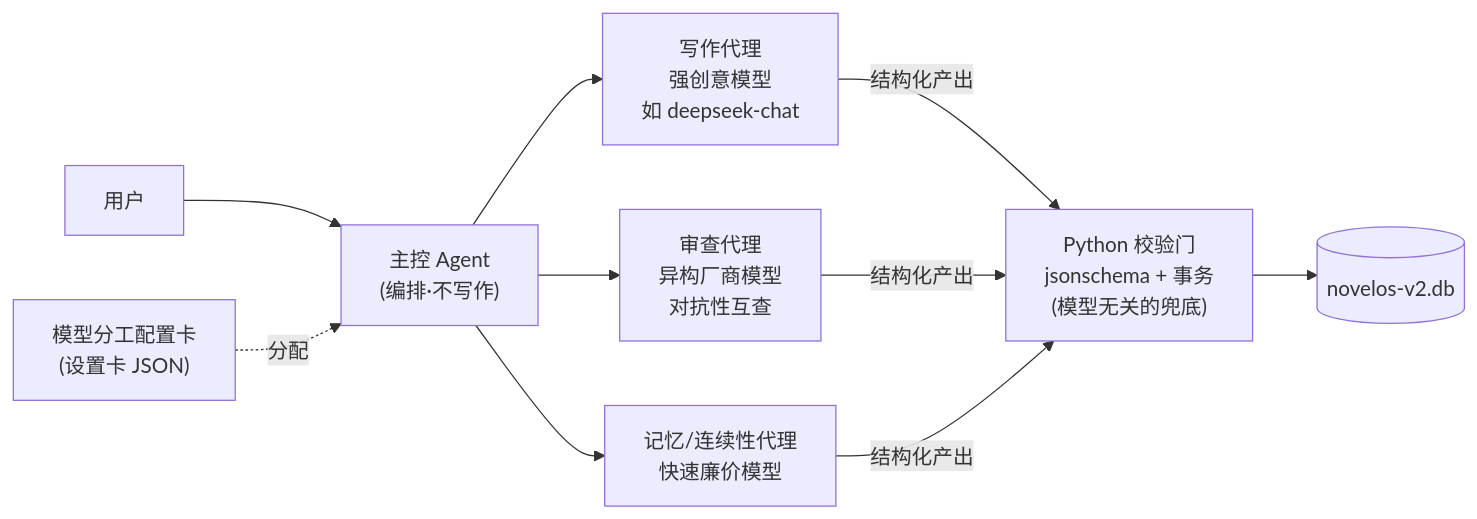
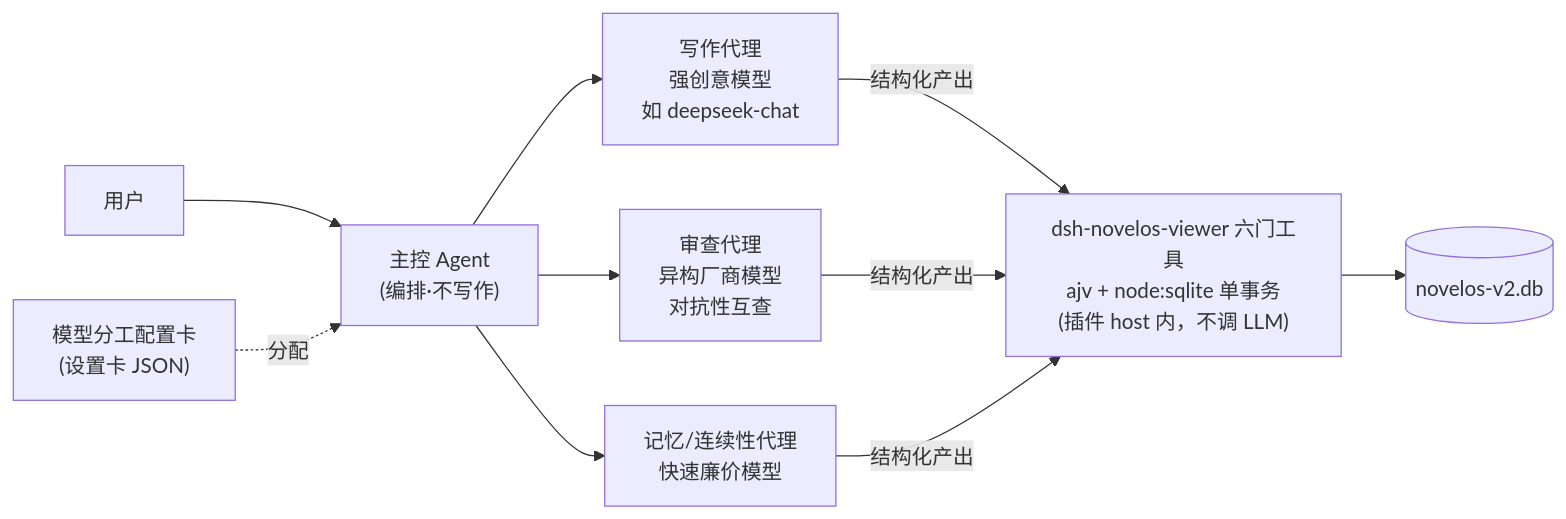
Before and after one commit to mosandao/codex_novelos: the second of 2 diagrams in docs/novelos-viewer-design.md, drawn with Mermaid. The commit also changed other lines of this file and 84 other files, not shown here.

````diff
--- a/docs/novelos-viewer-design.md
+++ b/docs/novelos-viewer-design.md
@@ -64,11 +63,11 @@
 ```mermaid
 flowchart LR
     USER["用户"] --> ORCH["主控 Agent\n(编排·不写作)"]
     ORCH --> W["写作代理\n强创意模型\n如 deepseek-chat"]
     ORCH --> RV["审查代理\n异构厂商模型\n对抗性互查"]
     ORCH --> CTX["记忆/连续性代理\n快速廉价模型"]
-    W & RV & CTX -- "结构化产出" --> GATE["Python 校验门\njsonschema + 事务\n(模型无关的兜底)"]
+    W & RV & CTX -- "结构化产出" --> GATE["dsh-novelos-viewer 六门工具\najv + node:sqlite 单事务\n(插件 host 内，不调 LLM)"]
     GATE --> DB[("novelos-v2.db")]
 
     CONF["模型分工配置卡\n(设置卡 JSON)"] -.分配.-> ORCH
 ```
````
